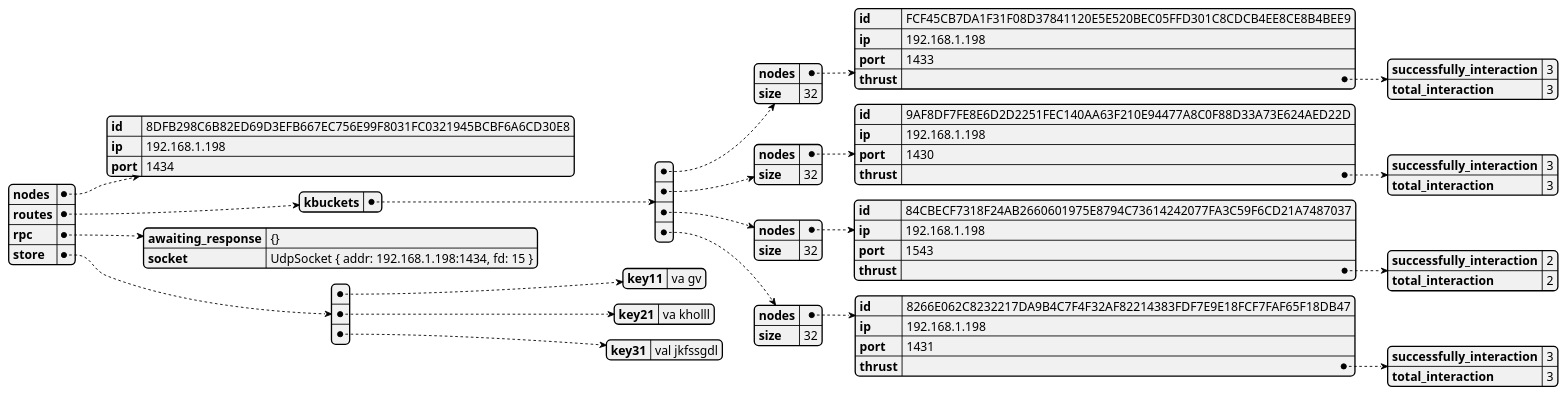
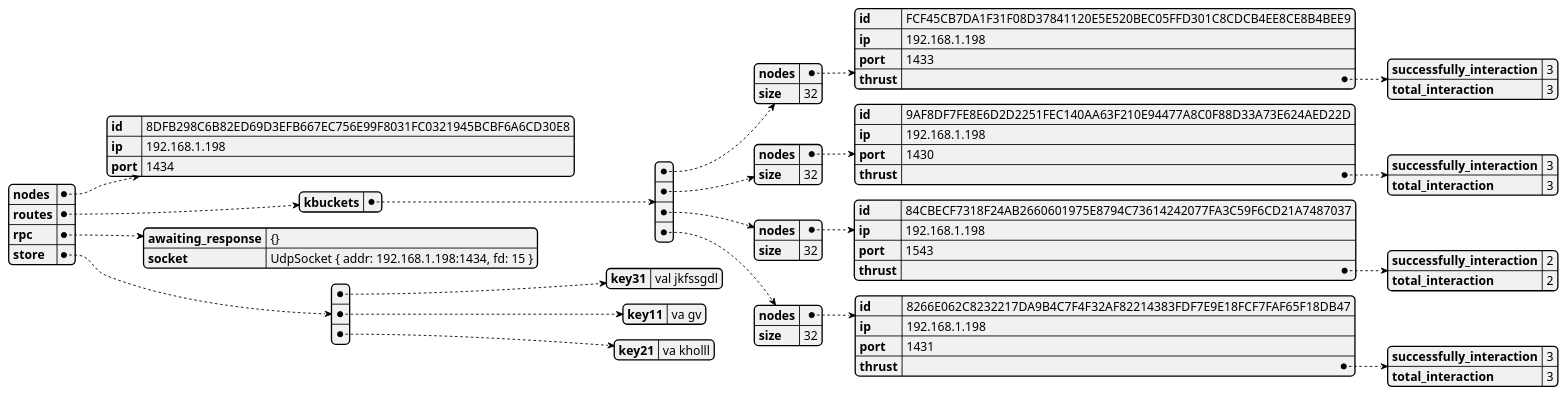
One commit to GoliathHagar/distributed_legder_kademlia changed the diagram in src/distributed_legder/state_dumps/test-contact-4.json.plantuml. Above: the diagram before and after it, drawn with PlantUML. The commit also changed 16 other files, not shown here.

```diff
--- a/src/distributed_legder/state_dumps/test-contact-4.json.plantuml
+++ b/src/distributed_legder/state_dumps/test-contact-4.json.plantuml
@@ -1,3 +1,3 @@
 @startjson
-{"nodes":{"id":"8DFB298C6B82ED69D3EFB667EC756E99F8031FC0321945BCBF6A6CD30E8","ip":"192.168.1.198","port":1434},"routes":{"kbuckets":[{"nodes":{"id":"FCF45CB7DA1F31F08D37841120E5E520BEC05FFD301C8CDCB4EE8CE8B4BEE9","ip":"192.168.1.198","port":1433,"thrust":{"successfully_interaction":3,"total_interaction":3}},"size":32},{"nodes":{"id":"9AF8DF7FE8E6D2D2251FEC140AA63F210E94477A8C0F88D33A73E624AED22D","ip":"192.168.1.198","port":1430,"thrust":{"successfully_interaction":3,"total_interaction":3}},"size":32},{"nodes":{"id":"84CBECF7318F24AB2660601975E8794C73614242077FA3C59F6CD21A7487037","ip":"192.168.1.198","port":1543,"thrust":{"successfully_interaction":2,"total_interaction":2}},"size":32},{"nodes":{"id":"8266E062C8232217DA9B4C7F4F32AF82214383FDF7E9E18FCF7FAF65F18DB47","ip":"192.168.1.198","port":1431,"thrust":{"successfully_interaction":3,"total_interaction":3}},"size":32}]},"rpc":{"awaiting_response":"{}","socket":"UdpSocket { addr: 192.168.1.198:1434, fd: 15 }"},"store":[{"key11":"va gv"},{"key21":"va kholll"},{"key31":"val jkfssgdl"}]}
+{"nodes":{"id":"8DFB298C6B82ED69D3EFB667EC756E99F8031FC0321945BCBF6A6CD30E8","ip":"192.168.1.198","port":1434},"routes":{"kbuckets":[{"nodes":{"id":"FCF45CB7DA1F31F08D37841120E5E520BEC05FFD301C8CDCB4EE8CE8B4BEE9","ip":"192.168.1.198","port":1433,"thrust":{"successfully_interaction":3,"total_interaction":3}},"size":32},{"nodes":{"id":"9AF8DF7FE8E6D2D2251FEC140AA63F210E94477A8C0F88D33A73E624AED22D","ip":"192.168.1.198","port":1430,"thrust":{"successfully_interaction":3,"total_interaction":3}},"size":32},{"nodes":{"id":"84CBECF7318F24AB2660601975E8794C73614242077FA3C59F6CD21A7487037","ip":"192.168.1.198","port":1543,"thrust":{"successfully_interaction":2,"total_interaction":2}},"size":32},{"nodes":{"id":"8266E062C8232217DA9B4C7F4F32AF82214383FDF7E9E18FCF7FAF65F18DB47","ip":"192.168.1.198","port":1431,"thrust":{"successfully_interaction":3,"total_interaction":3}},"size":32}]},"rpc":{"awaiting_response":"{}","socket":"UdpSocket { addr: 192.168.1.198:1434, fd: 15 }"},"store":[{"key31":"val jkfssgdl"},{"key11":"va gv"},{"key21":"va kholll"}]}
 @endjson
```
